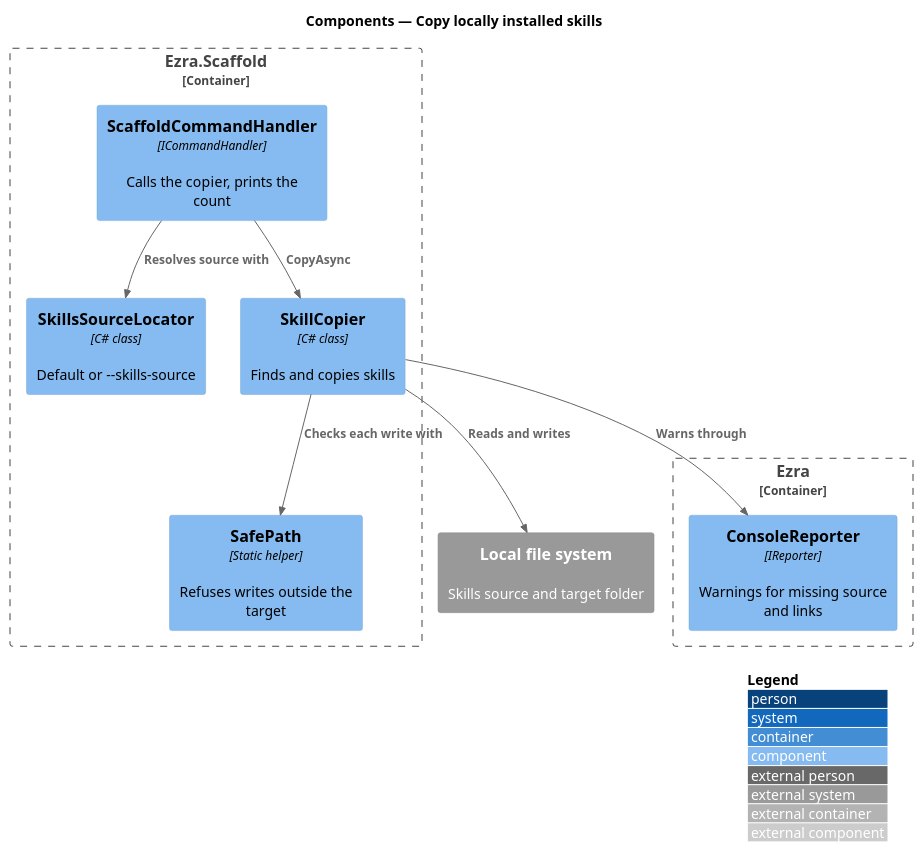
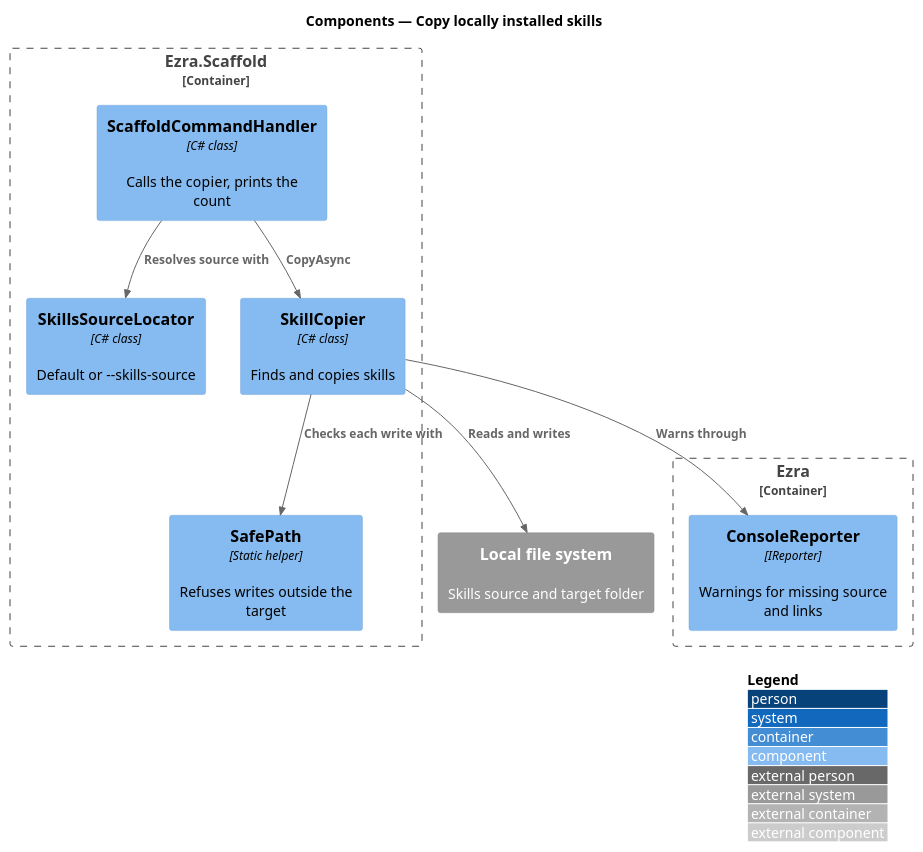
One commit to QuinntyneBrown/ezra changed the diagram in docs/detailed-designs/scaffold/copy-skills/diagrams/c4-component.puml. Above: the diagram before and after it, drawn with PlantUML. The commit also changed 26 other files, not shown here.

```diff
--- a/docs/detailed-designs/scaffold/copy-skills/diagrams/c4-component.puml
+++ b/docs/detailed-designs/scaffold/copy-skills/diagrams/c4-component.puml
@@ -1,21 +1,21 @@
 @startuml
 !include <C4/C4_Component>
 LAYOUT_WITH_LEGEND()
 title Components — Copy locally installed skills
 
 Container_Boundary(scaffold, "Ezra.Scaffold") {
-  Component(handler, "ScaffoldCommandHandler", "ICommandHandler", "Calls the copier, prints the count")
+  Component(handler, "ScaffoldCommandHandler", "C# class", "Calls the copier, prints the count")
   Component(locator, "SkillsSourceLocator", "C# class", "Default or --skills-source")
   Component(copier, "SkillCopier", "C# class", "Finds and copies skills")
   Component(safe, "SafePath", "Static helper", "Refuses writes outside the target")
 }
 Container_Boundary(host, "Ezra") {
   Component(reporter, "ConsoleReporter", "IReporter", "Warnings for missing source and links")
 }
 System_Ext(fs, "Local file system", "Skills source and target folder")
 Rel(handler, locator, "Resolves source with")
 Rel(handler, copier, "CopyAsync")
 Rel(copier, safe, "Checks each write with")
 Rel(copier, reporter, "Warns through")
 Rel(copier, fs, "Reads and writes")
 @enduml
```
